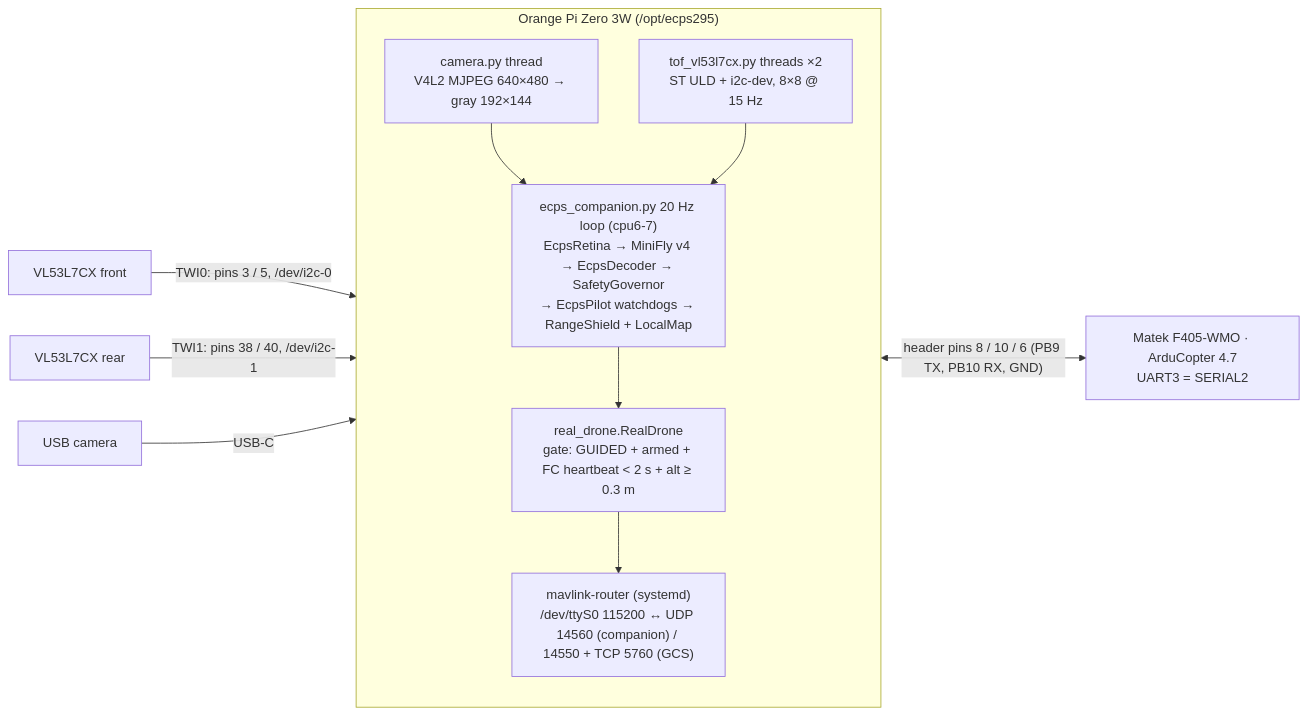
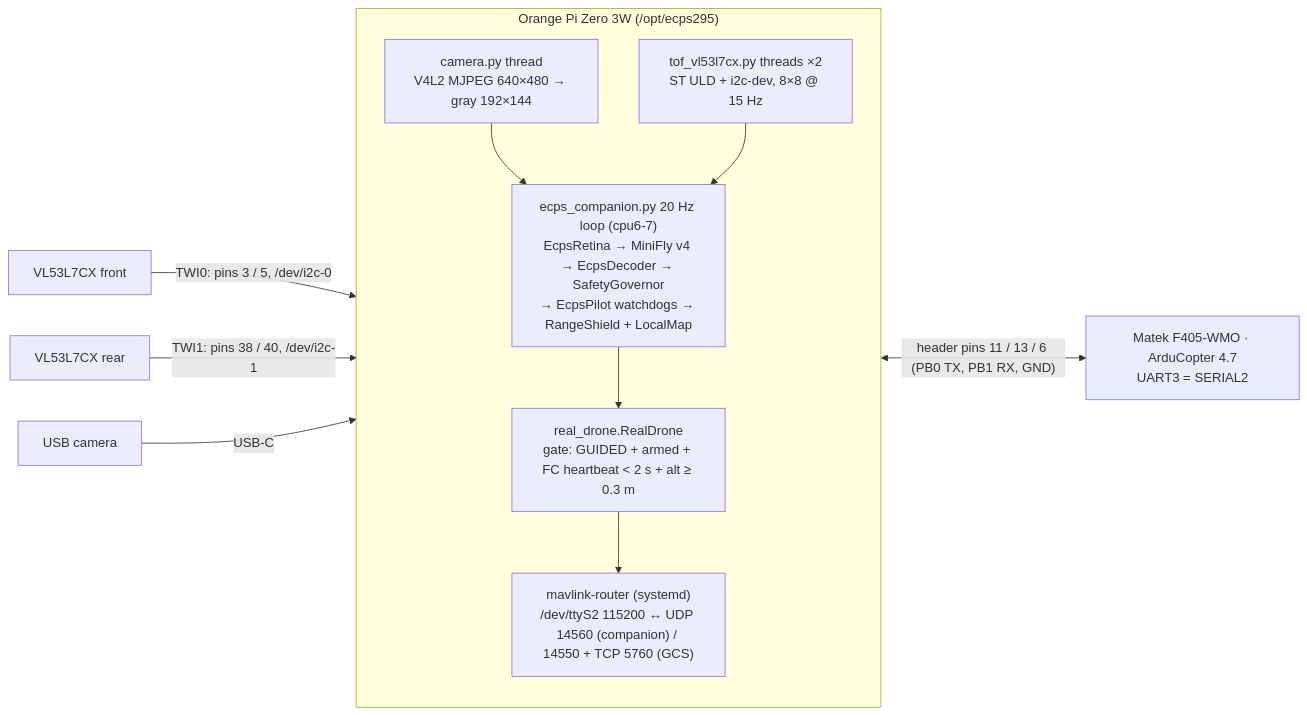
The first of 2 diagrams in ecps295/deploy/orangepi/docs/ECPS295_OrangePi部署与性能测试报告_20261015.en.md (jiewent1-cmyk/FlyDrones), drawn with Mermaid before and after one commit. The commit also changed other lines of this file and 112 other files, not shown here.

````diff
--- a/ecps295/deploy/orangepi/docs/ECPS295_OrangePi部署与性能测试报告_20261015.en.md
+++ b/ecps295/deploy/orangepi/docs/ECPS295_OrangePi部署与性能测试报告_20261015.en.md
@@ -58,19 +58,19 @@
 ```mermaid
 flowchart LR
   subgraph PI["Orange Pi Zero 3W (/opt/ecps295)"]
     direction TB
     CAMT["camera.py thread<br/>V4L2 MJPEG 640×480 → gray 192×144"]
     TOFT["tof_vl53l7cx.py threads ×2<br/>ST ULD + i2c-dev, 8×8 @ 15 Hz"]
     LOOP["ecps_companion.py 20 Hz loop (cpu6-7)<br/>EcpsRetina → MiniFly v4 → EcpsDecoder → SafetyGovernor<br/>→ EcpsPilot watchdogs → RangeShield + LocalMap"]
     GATE["real_drone.RealDrone<br/>gate: GUIDED + armed + FC heartbeat &lt; 2 s + alt ≥ 0.3 m"]
-    MR["mavlink-router (systemd)<br/>/dev/ttyS0 115200 ↔ UDP 14560 (companion) / 14550 + TCP 5760 (GCS)"]
+    MR["mavlink-router (systemd)<br/>/dev/ttyS2 115200 ↔ UDP 14560 (companion) / 14550 + TCP 5760 (GCS)"]
     CAMT --> LOOP
     TOFT --> LOOP
     LOOP --> GATE --> MR
   end
   FC["Matek F405-WMO · ArduCopter 4.7<br/>UART3 = SERIAL2"]
-  MR <-->|"header pins 8 / 10 / 6 (PB9 TX, PB10 RX, GND)"| FC
+  MR <-->|"header pins 11 / 13 / 6 (PB0 TX, PB1 RX, GND)"| FC
   TF["VL53L7CX front"] -->|"TWI0: pins 3 / 5, /dev/i2c-0"| TOFT
   TR["VL53L7CX rear"] -->|"TWI1: pins 38 / 40, /dev/i2c-1"| TOFT
   UC["USB camera"] -->|USB-C| CAMT
 ```
````
